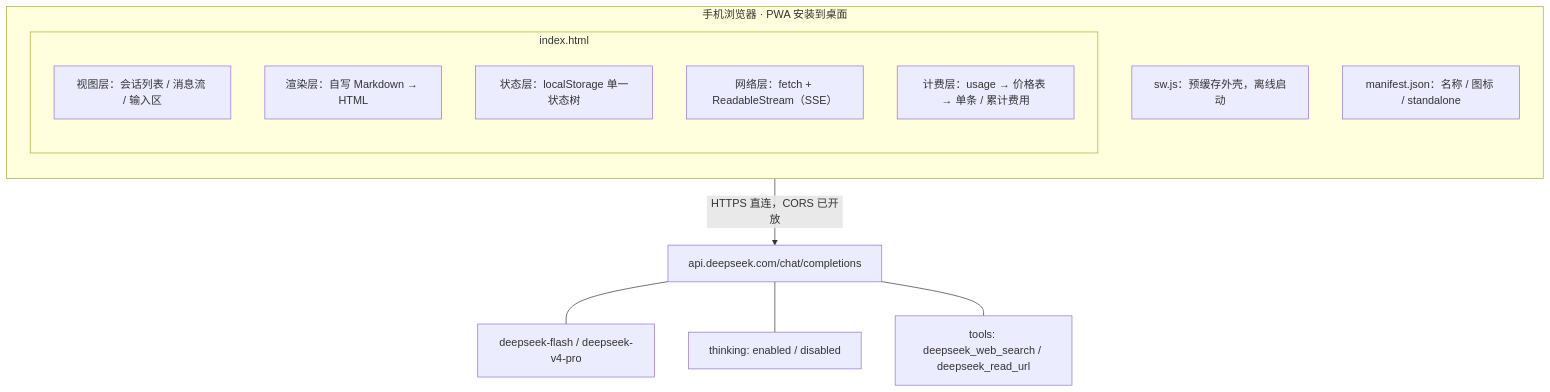
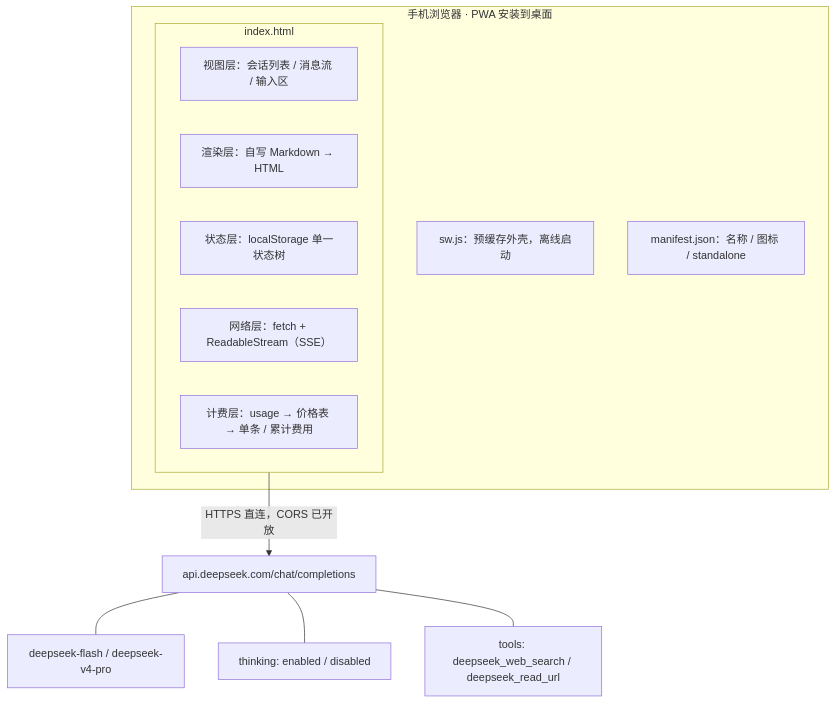
One commit to suxiangyu138/deepseek-sxy changed the diagram in ARCHITECTURE.md. Above: the diagram before and after it, drawn with Mermaid.

Commit message:
docs: 精简 Mermaid 语法，兼容旧版渲染器

````diff
--- a/ARCHITECTURE.md
+++ b/ARCHITECTURE.md
@@ -5,26 +5,24 @@
 ```mermaid
 flowchart TB
     subgraph PWA["手机浏览器 · PWA 安装到桌面"]
-        direction TB
         subgraph HTML["index.html"]
-            direction TB
-            V["视图层：会话列表 / 消息流 / 输入区"]
+                V["视图层：会话列表 / 消息流 / 输入区"]
             R["渲染层：自写 Markdown → HTML"]
             S["状态层：localStorage 单一状态树"]
             N["网络层：fetch + ReadableStream（SSE）"]
             C["计费层：usage → 价格表 → 单条 / 累计费用"]
         end
         SW["sw.js：预缓存外壳，离线启动"]
         MF["manifest.json：名称 / 图标 / standalone"]
     end
 
     API["api.deepseek.com/chat/completions"]
     M1["deepseek-flash / deepseek-v4-pro"]
     M2["thinking: enabled / disabled"]
     M3["tools: deepseek_web_search / deepseek_read_url"]
 
     HTML -->|"HTTPS 直连，CORS 已开放"| API
     API --- M1
     API --- M2
     API --- M3
 ```
````
